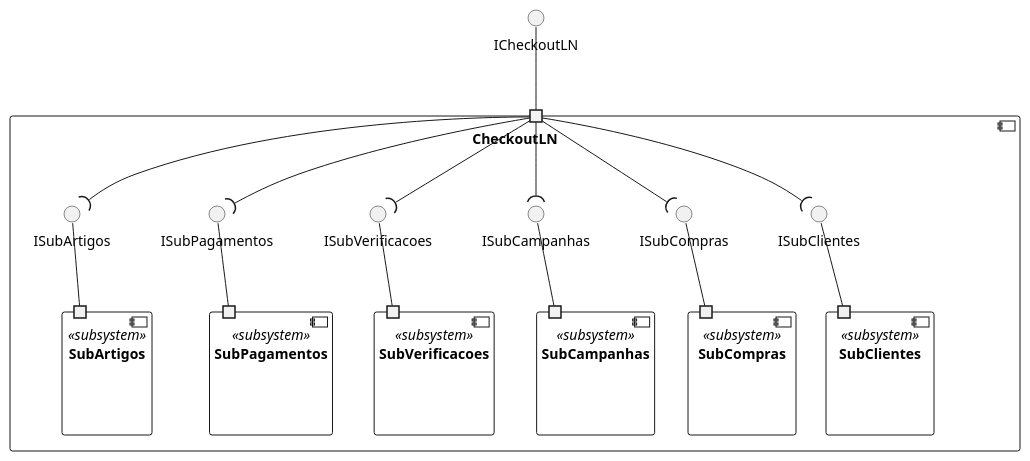
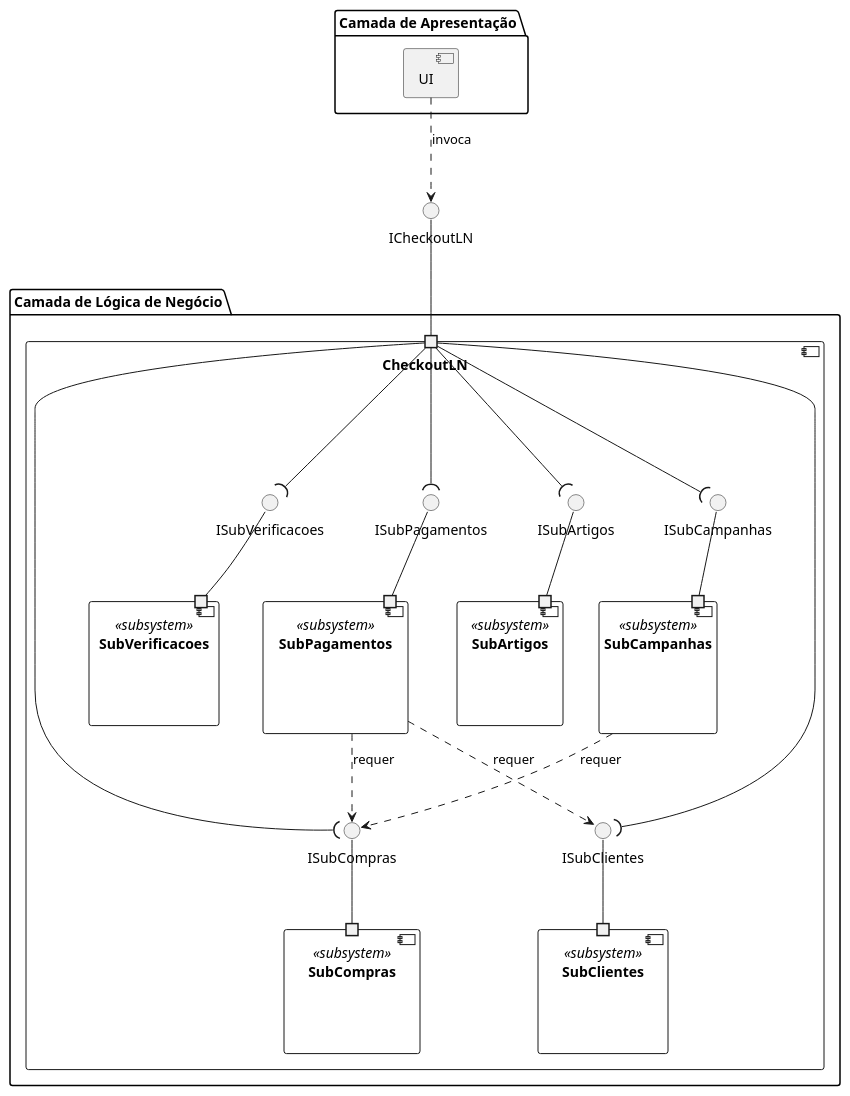
Before and after one commit to xana06/study_: the diagram in modelos/2-desenho/diagrama_componentes.puml, drawn with PlantUML. The commit also changed 2 other files, not shown here.

```diff
--- a/modelos/2-desenho/diagrama_componentes.puml
+++ b/modelos/2-desenho/diagrama_componentes.puml
@@ -1,56 +1,68 @@
 @startuml diagrama_componentes
 
 interface ICheckoutLN
 
-component CheckoutLN as cLN {
-    portin " " as pLN
+package "Camada de Apresentação" {
+    component "UI" as ui
+}
 
-    component "SubClientes" as c1 <<subsystem>> {
-        portin " " as pCli
+package "Camada de Lógica de Negócio" {
+
+    component CheckoutLN as cLN {
+        portin " " as pLN
+
+        component "SubClientes" as c1 <<subsystem>> {
+            portin " " as pCli
+        }
+
+        component "SubCompras" as c2 <<subsystem>> {
+            portin " " as pCom
+        }
+
+        component "SubCampanhas" as c3 <<subsystem>> {
+            portin " " as pCam
+        }
+
+        component "SubVerificacoes" as c4 <<subsystem>> {
+            portin " " as pVer
+        }
+
+        component "SubPagamentos" as c5 <<subsystem>> {
+            portin " " as pPag
+        }
+
+        component "SubArtigos" as c6 <<subsystem>> {
+            portin " " as pArt
+        }
+
+        interface ISubClientes
+        interface ISubCompras
+        interface ISubCampanhas
+        interface ISubVerificacoes
+        interface ISubPagamentos
+        interface ISubArtigos
+
+        ISubClientes -- pCli
+        ISubCompras -- pCom
+        ISubCampanhas -- pCam
+        ISubVerificacoes -- pVer
+        ISubPagamentos -- pPag
+        ISubArtigos -- pArt
+
+        pLN --( ISubClientes
+        pLN --( ISubCompras
+        pLN --( ISubCampanhas
+        pLN --( ISubVerificacoes
+        pLN --( ISubPagamentos
+        pLN --( ISubArtigos
+
+        c3 ..> ISubCompras : requer
+        c5 ..> ISubCompras : requer
+        c5 ..> ISubClientes : requer
     }
-
-    component "SubCompras" as c2 <<subsystem>> {
-        portin " " as pCom
-    }
-
-    component "SubCampanhas" as c3 <<subsystem>> {
-        portin " " as pCam
-    }
-
-    component "SubVerificacoes" as c4 <<subsystem>> {
-        portin " " as pVer
-    }
-
-    component "SubPagamentos" as c5 <<subsystem>> {
-        portin " " as pPag
-    }
-
-    component "SubArtigos" as c6 <<subsystem>> {
-        portin " " as pArt
-    }
-
-    interface ISubClientes
-    interface ISubCompras
-    interface ISubCampanhas
-    interface ISubVerificacoes
-    interface ISubPagamentos
-    interface ISubArtigos
-
-    ISubClientes -- pCli
-    ISubCompras -- pCom
-    ISubCampanhas -- pCam
-    ISubVerificacoes -- pVer
-    ISubPagamentos -- pPag
-    ISubArtigos -- pArt
-
-    pLN --( ISubClientes
-    pLN --( ISubCompras
-    pLN --( ISubCampanhas
-    pLN --( ISubVerificacoes
-    pLN --( ISubPagamentos
-    pLN --( ISubArtigos
 }
 
 ICheckoutLN -- pLN
+ui ..> ICheckoutLN : invoca
 
 @enduml
```
